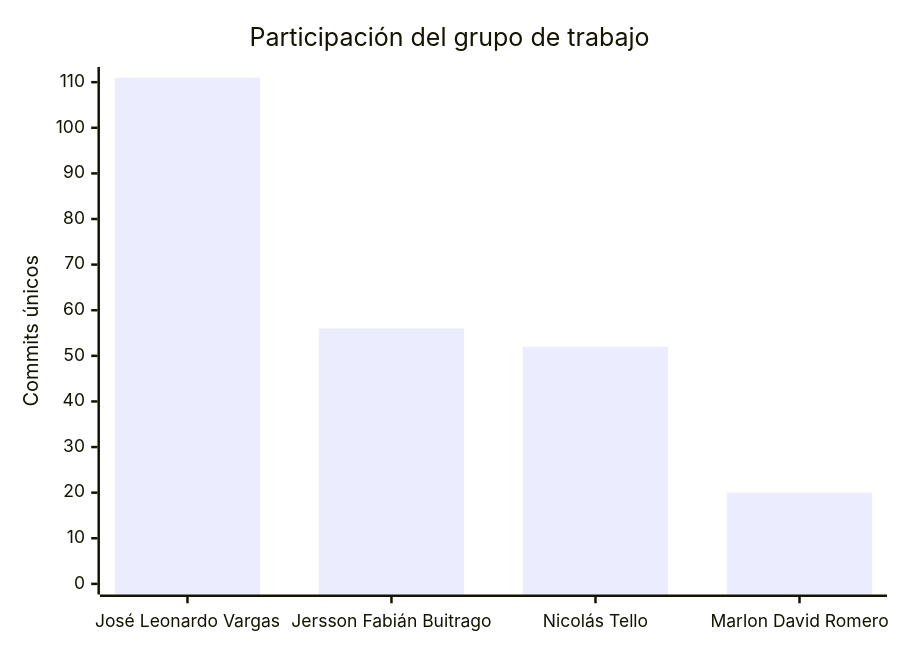
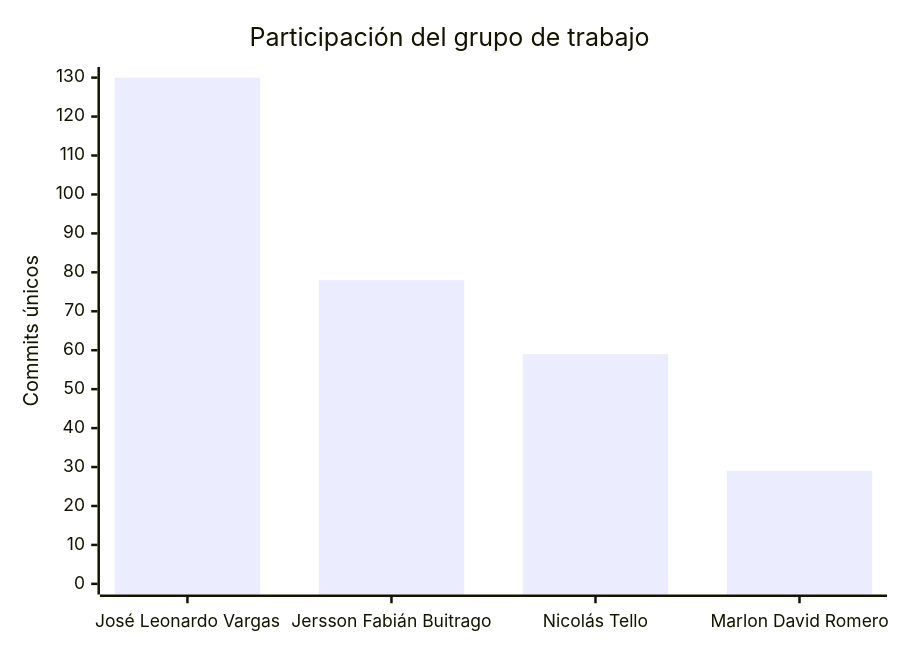
Before and after one commit to FarmaExpres/FarmaExpres: the second of 2 diagrams in README.md, drawn with Mermaid. The commit also changed other lines of this file and 1 other file, not shown here.

````diff
--- a/README.md
+++ b/README.md
@@ -401,7 +401,7 @@
 ```mermaid
 xychart-beta
     title "Participación del grupo de trabajo"
     x-axis ["José Leonardo Vargas", "Jersson Fabián Buitrago", "Nicolás Tello", "Marlon David Romero"]
-    y-axis "Commits únicos" 0 --> 111
-    bar [111, 56, 52, 20]
+    y-axis "Commits únicos" 0 --> 130
+    bar [130, 78, 59, 29]
 ```
````
